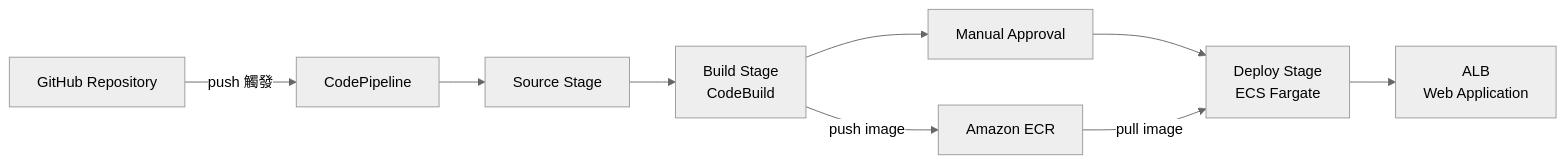
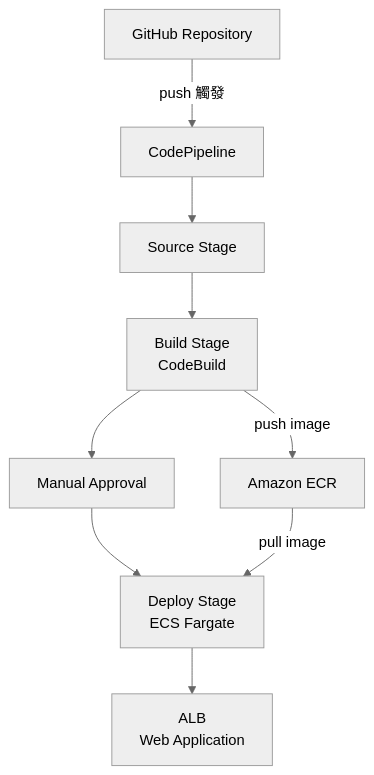
The diagram in content/cicd-pipeline-with-codepipeline/_index.md (KatLantyss/ecv-aws-workshop), drawn with Mermaid (neutral theme) before and after one commit. The commit also changed 10 other files, not shown here.

````diff
--- a/content/cicd-pipeline-with-codepipeline/_index.md
+++ b/content/cicd-pipeline-with-codepipeline/_index.md
@@ -28,11 +28,11 @@
 ```mermaid
-graph LR
+graph TB
     A[GitHub Repository] -->|push 觸發| B[CodePipeline]
     B --> C[Source Stage]
     C --> D[Build Stage<br/>CodeBuild]
     D --> E[Manual Approval]
     E --> F[Deploy Stage<br/>ECS Fargate]
     D -->|push image| G[Amazon ECR]
     G -->|pull image| F
     F --> H[ALB<br/>Web Application]
 ```
````
